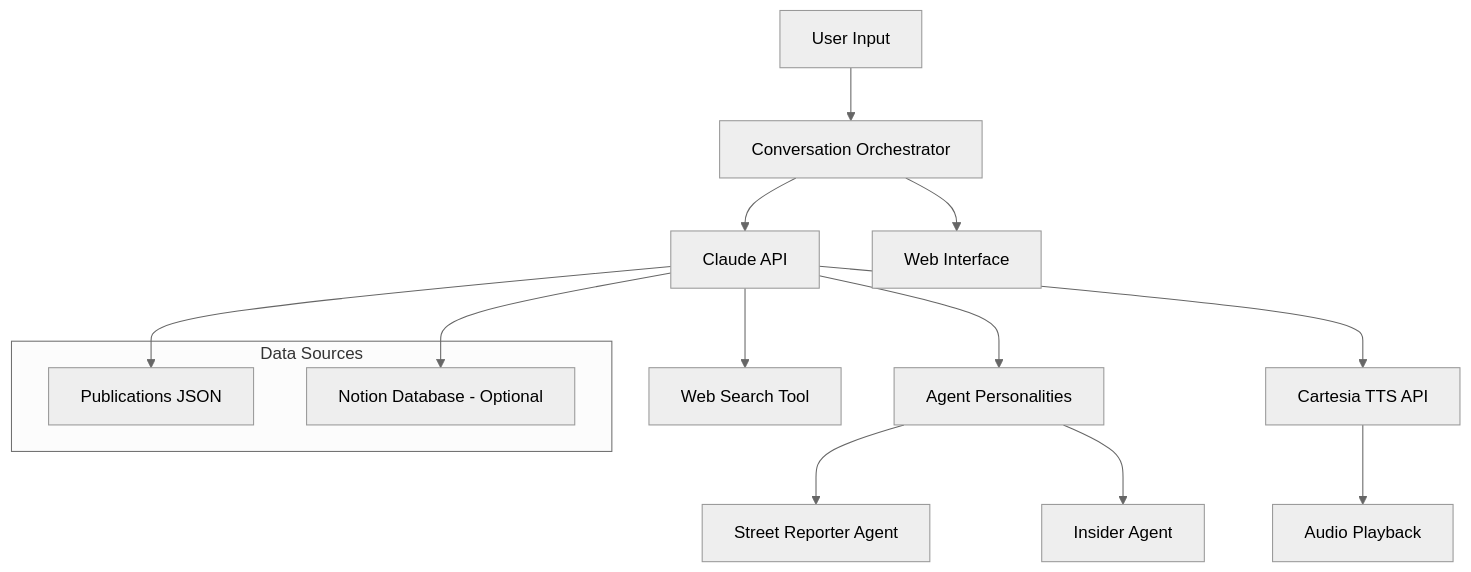
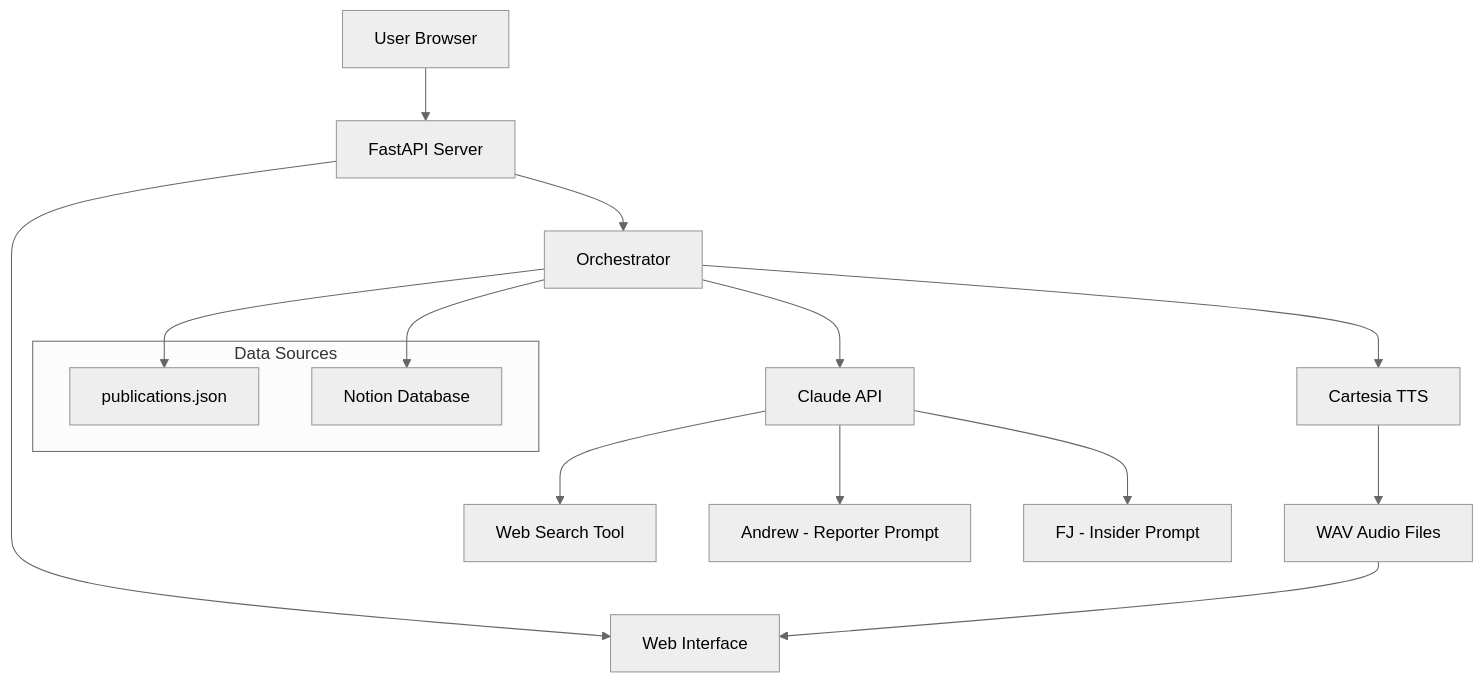
Before and after one commit to mmazco/mediagents: the diagram in .cursor/plans/media_voice_agents_66129a0e.plan.md, drawn with Mermaid (neutral theme). The commit also changed other lines of this file and 2 other files, not shown here.

Commit message:
Fix architecture diagram to match actual implementation
- Cartesia called by Orchestrator, not Claude
- Notion is active, not optional
- FastAPI server layer added
- Agent names updated (Andrew, FJ)

````diff
--- a/.cursor/plans/media_voice_agents_66129a0e.plan.md
+++ b/.cursor/plans/media_voice_agents_66129a0e.plan.md
@@ -56,20 +54,24 @@
 ```mermaid
 graph TD
-    User[User Input] --> Orchestrator[Conversation Orchestrator]
+    User[User Browser] --> FastAPI[FastAPI Server]
+    FastAPI --> WebUI[Web Interface]
+    FastAPI --> Orchestrator[Orchestrator]
+    
+    subgraph data [Data Sources]
+        PubJSON[publications.json]
+        NotionDB[Notion Database]
+    end
+    
+    Orchestrator --> PubJSON
+    Orchestrator --> NotionDB
+    
     Orchestrator --> Claude[Claude API]
     Claude --> WebSearch[Web Search Tool]
-    Claude --> AgentLogic[Agent Personalities]
-    AgentLogic --> StreetReporter[Street Reporter Agent]
-    AgentLogic --> InsiderAgent[Insider Agent]
-    Claude --> Cartesia[Cartesia TTS API]
-    Cartesia --> AudioPlayer[Audio Playback]
-    Orchestrator --> WebInterface[Web Interface]
+    Claude --> Reporter[Andrew - Reporter Prompt]
+    Claude --> Insider[FJ - Insider Prompt]
     
-    subgraph data [Data Sources]
-        PublicationsDB[Publications JSON]
-        NotionDB[Notion Database - Optional]
-    end
+    Orchestrator --> Cartesia[Cartesia TTS]
+    Cartesia --> AudioFiles[WAV Audio Files]
     
-    Claude --> PublicationsDB
-    Claude --> NotionDB
+    AudioFiles --> WebUI
 ```
````
